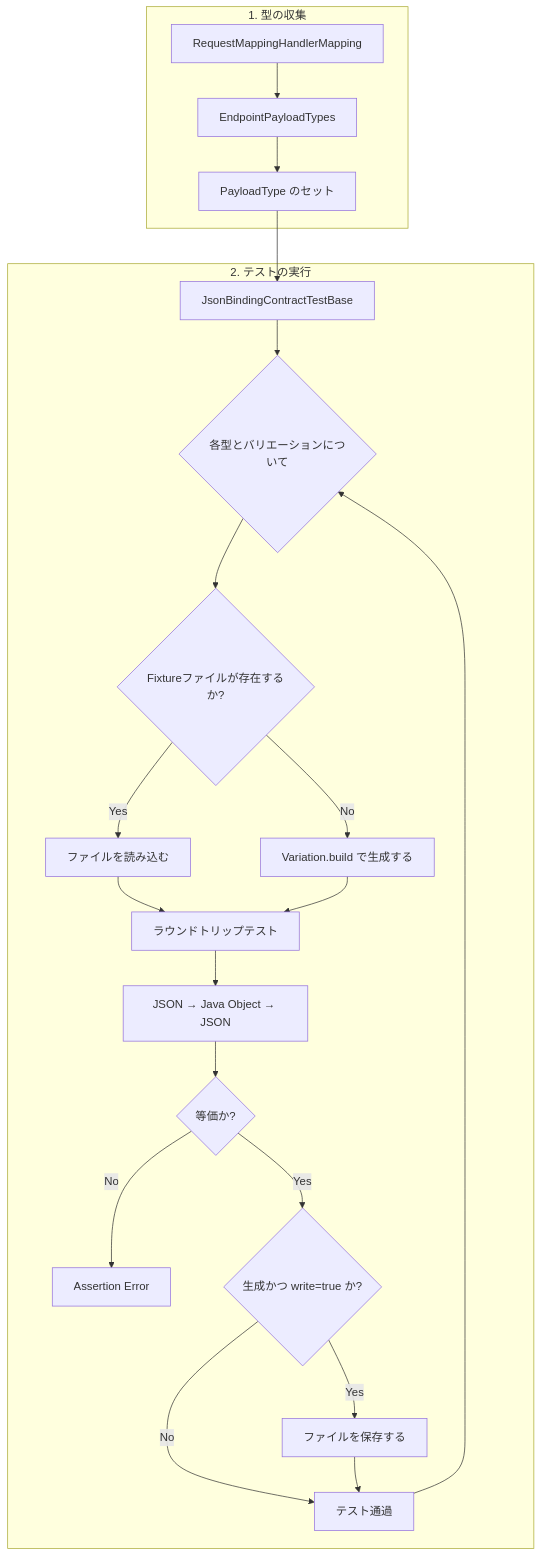
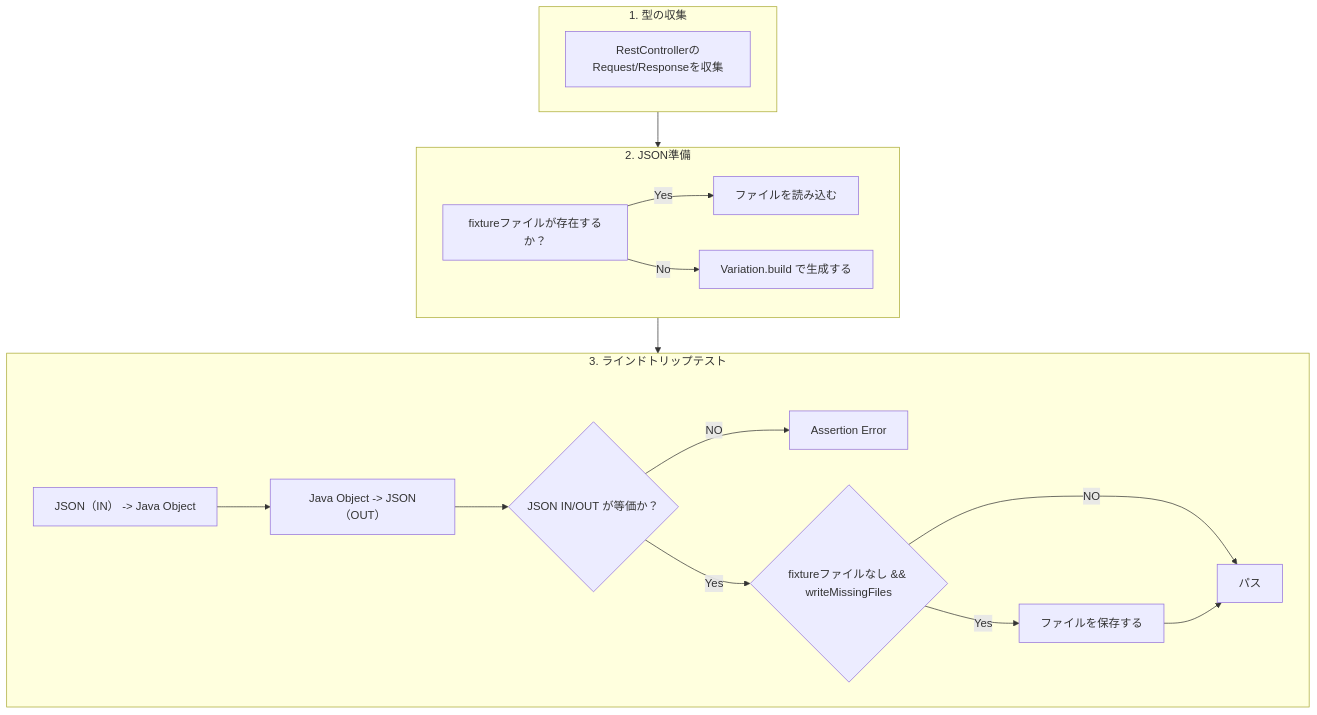
One commit to irof/spring-payload-binding-test changed the diagram in README.md. Above: the diagram before and after it, drawn with Mermaid. The commit also changed other lines of this file, not shown here.

Commit message:
update README: rename project to `spring-payload-binding-test` and enhance mermaid diagram

````diff
--- a/README.md
+++ b/README.md
@@ -10,25 +10,28 @@
 ```mermaid
 flowchart TD
-    subgraph Collection[1. 型の収集]
-        A[RequestMappingHandlerMapping] --> B[EndpointPayloadTypes]
-        B --> C[PayloadType のセット]
-    end
+  subgraph Collection[1. 型の収集]
+    C1[RestControllerのRequest/Responseを収集]
+  end
 
-    subgraph TestExecution[2. テストの実行]
-        C --> D[JsonBindingContractTestBase]
-        D --> E{各型とバリエーションについて}
-        E --> F{Fixtureファイルが存在するか?}
-        F -- Yes --> G[ファイルを読み込む]
-        F -- No --> H[Variation.build で生成する]
-        G --> I[ラウンドトリップテスト]
-        H --> I
-        I --> J[JSON → Java Object → JSON]
-        J --> K{等価か?}
-        K -- No --> L[Assertion Error]
-        K -- Yes --> M{生成かつ write=true か?}
-        M -- Yes --> N[ファイルを保存する]
-        M -- No --> O[テスト通過]
-        N --> O
-        O --> E
-    end
+  subgraph Prepare[2. JSON準備]
+    E1["fixtureファイルが存在するか？"]
+    E1 -- Yes --> E2-1[ファイルを読み込む]
+    E1 -- No --> E2-2[Variation.build で生成する]
+  end
+
+  subgraph Execution[3. ラインドトリップテスト]
+    T1["JSON（IN） -> Java Object"]
+    T2["Java Object -> JSON（OUT）"]
+    TC{"JSON IN/OUT が等価か？"}
+    T1 --> T2 --> TC
+    TC -- NO --> T_error[Assertion Error]
+    TC -- Yes --> TW{"fixtureファイルなし && writeMissingFiles"}
+    T_success["パス"]
+    TW -- NO --> T_success
+    TW -- Yes --> T_write["ファイルを保存する"]
+    T_write --> T_success
+  end
+
+  Collection --> Prepare
+  Prepare --> Execution
 ```
````
